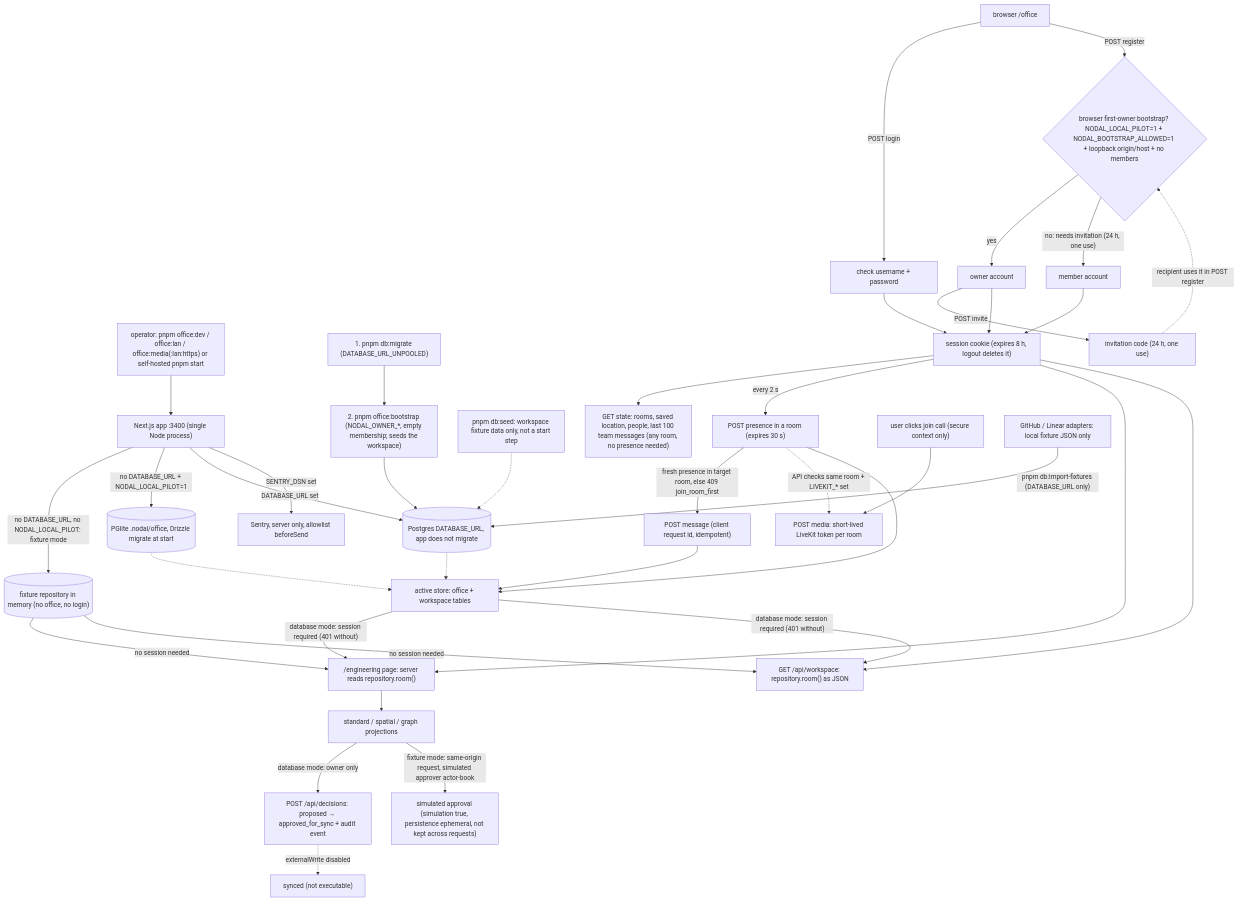
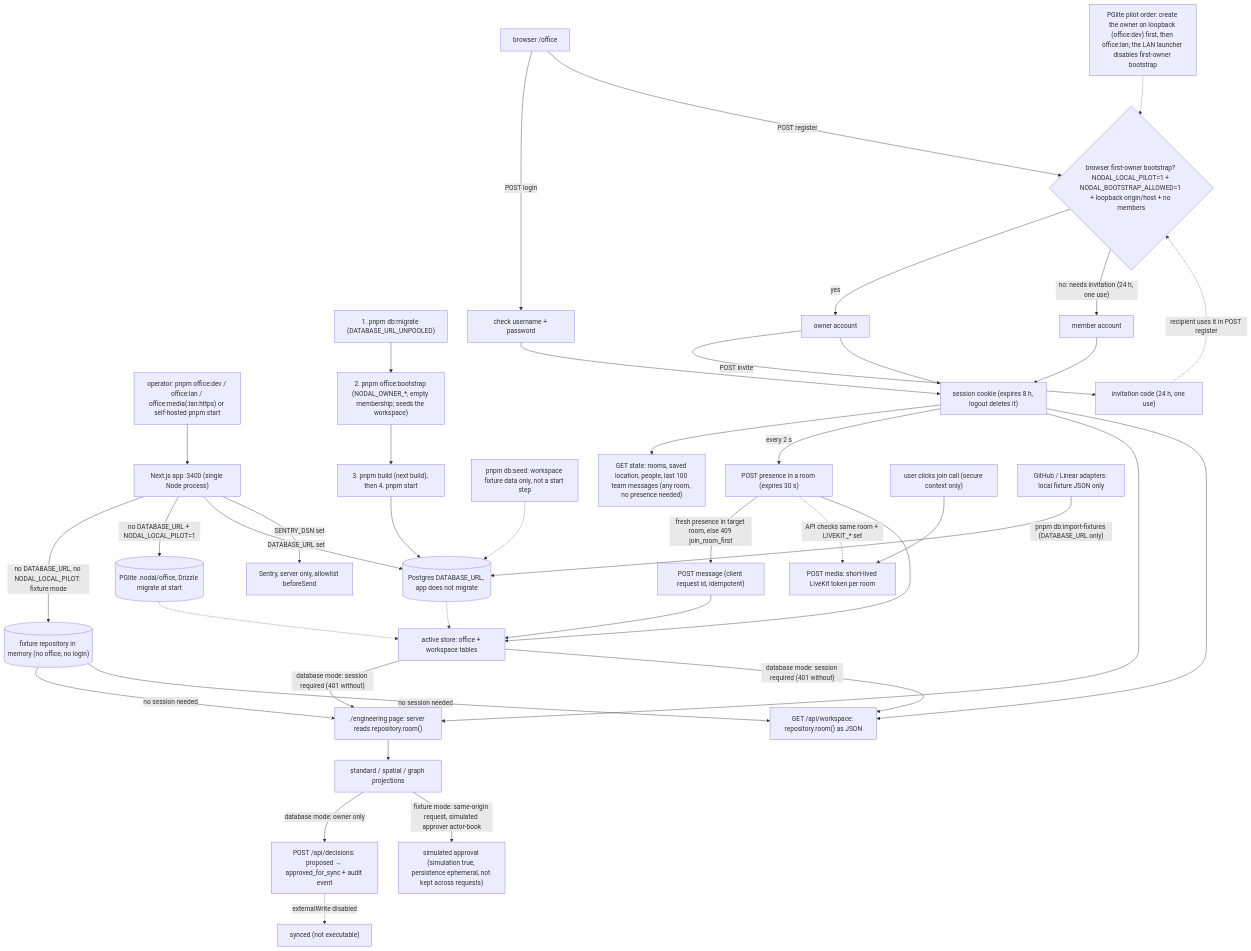
Before and after one commit to bookchaowalit/workplace-nodal: the first of 2 diagrams in docs/diagrams/01-business-process.md, drawn with Mermaid.

Commit message:
docs: add build step and loopback-owner order to As-Is diagram
Self-hosted Postgres start is migrate -> bootstrap -> build -> start
(README). On a fresh PGlite pilot the owner is created on loopback
before office:lan, because the LAN launcher disables first-owner
bootstrap.

````diff
--- a/docs/diagrams/01-business-process.md
+++ b/docs/diagrams/01-business-process.md
@@ -9,40 +9,42 @@
 ```mermaid
 flowchart TD
   OP["operator: pnpm office:dev / office:lan / office:media(:lan:https) or self-hosted pnpm start"] --> APP["Next.js app :3400 (single Node process)"]
   APP -->|"no DATABASE_URL, no NODAL_LOCAL_PILOT: fixture mode"| FXR[("fixture repository in memory (no office, no login)")]
   APP -->|"no DATABASE_URL + NODAL_LOCAL_PILOT=1"| PGL[("PGlite .nodal/office, Drizzle migrate at start")]
   APP -->|"DATABASE_URL set"| PG[("Postgres DATABASE_URL, app does not migrate")]
   MIG["1. pnpm db:migrate (DATABASE_URL_UNPOOLED)"] --> BOOT["2. pnpm office:bootstrap (NODAL_OWNER_*, empty membership; seeds the workspace)"]
-  BOOT --> PG
+  BOOT --> BUILD["3. pnpm build (next build), then 4. pnpm start"]
+  BUILD --> PG
   SEED["pnpm db:seed: workspace fixture data only, not a start step"] -.-> PG
   PGL -.-> DB["active store: office + workspace tables"]
   PG -.-> DB
   U["browser /office"] -->|"POST login"| LOGIN["check username + password"]
   LOGIN --> SESS["session cookie (expires 8 h, logout deletes it)"]
   U -->|"POST register"| AUTH{"browser first-owner bootstrap? NODAL_LOCAL_PILOT=1 + NODAL_BOOTSTRAP_ALLOWED=1 + loopback origin/host + no members"}
+  LANORD["PGlite pilot order: create the owner on loopback (office:dev) first, then office:lan; the LAN launcher disables first-owner bootstrap"] -.-> AUTH
   AUTH -->|"yes"| OWNER["owner account"]
   AUTH -->|"no: needs invitation (24 h, one use)"| MEMBER["member account"]
   OWNER -->|"POST invite"| CODE["invitation code (24 h, one use)"]
   CODE -.->|"recipient uses it in POST register"| AUTH
   OWNER --> SESS
   MEMBER --> SESS
   SESS --> STATE["GET state: rooms, saved location, people, last 100 team messages (any room, no presence needed)"]
   SESS -->|"every 2 s"| PRES["POST presence in a room (expires 30 s)"]
   PRES -->|"fresh presence in target room, else 409 join_room_first"| MSG["POST message (client request id, idempotent)"]
   JOIN["user clicks join call (secure context only)"] --> MEDIA["POST media: short-lived LiveKit token per room"]
   PRES -.->|"API checks same room + LIVEKIT_* set"| MEDIA
   PRES --> DB
   MSG --> DB
   FIX["GitHub / Linear adapters: local fixture JSON only"] -->|"pnpm db:import-fixtures (DATABASE_URL only)"| PG
   SESS --> ENGP["/engineering page: server reads repository.room()"]
   SESS --> WAPI["GET /api/workspace: repository.room() as JSON"]
   DB -->|"database mode: session required (401 without)"| ENGP
   DB -->|"database mode: session required (401 without)"| WAPI
   ENGP --> PROJ["standard / spatial / graph projections"]
   FXR -->|"no session needed"| ENGP
   FXR -->|"no session needed"| WAPI
   PROJ -->|"database mode: owner only"| APPR["POST /api/decisions: proposed → approved_for_sync + audit event"]
   PROJ -->|"fixture mode: same-origin request, simulated approver actor-book"| SIM["simulated approval (simulation true, persistence ephemeral, not kept across requests)"]
   APPR -.->|"externalWrite disabled"| SYNC["synced (not executable)"]
   APP -->|"SENTRY_DSN set"| SENTRY["Sentry, server only, allowlist beforeSend"]
 ```
````
